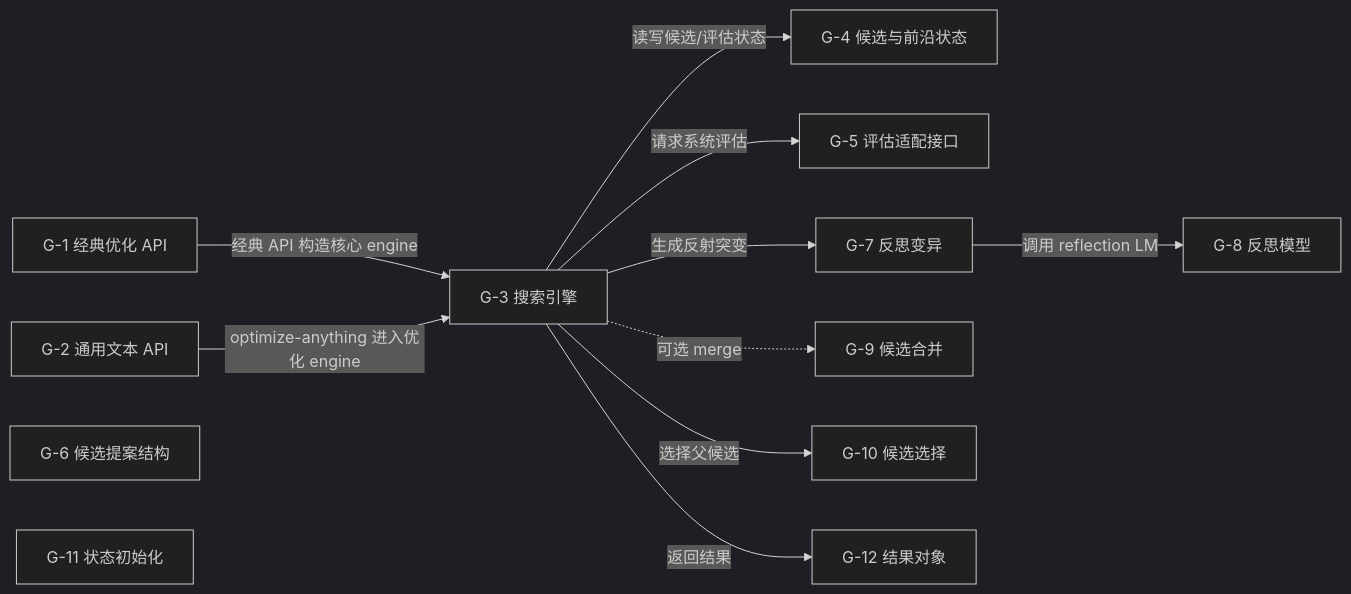
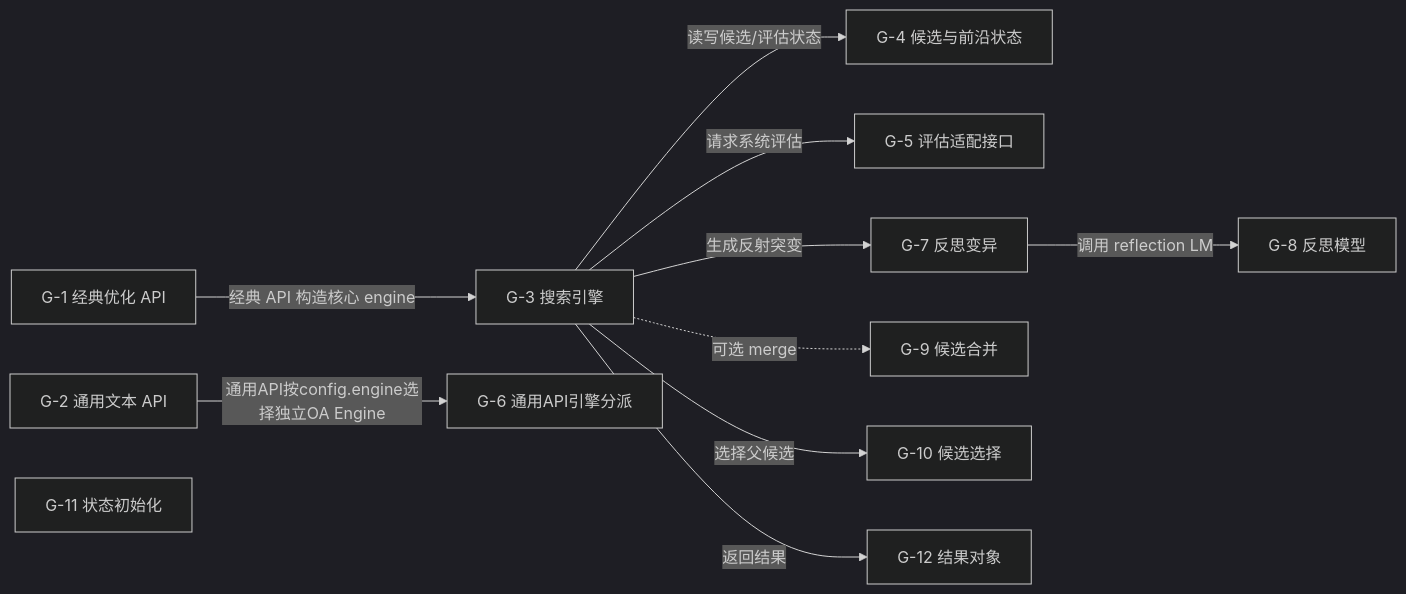
The first of 2 diagrams in docs/repo_deepdive/cases/gepa.md (hyfine/rsi-atlas), drawn with Mermaid (dark theme) before and after one commit. The commit also changed other lines of this file and 4 other files, not shown here.

````diff
--- a/docs/repo_deepdive/cases/gepa.md
+++ b/docs/repo_deepdive/cases/gepa.md
@@ -56,24 +61,24 @@
 ```mermaid
 flowchart LR
   G_1["G-1 经典优化 API"]
   G_2["G-2 通用文本 API"]
   G_3["G-3 搜索引擎"]
   G_4["G-4 候选与前沿状态"]
   G_5["G-5 评估适配接口"]
-  G_6["G-6 候选提案结构"]
+  G_6["G-6 通用API引擎分派"]
   G_7["G-7 反思变异"]
   G_8["G-8 反思模型"]
   G_9["G-9 候选合并"]
   G_10["G-10 候选选择"]
   G_11["G-11 状态初始化"]
   G_12["G-12 结果对象"]
   G_1 -- "经典 API 构造核心 engine" --> G_3
-  G_2 -- "optimize-anything 进入优化 engine" --> G_3
+  G_2 -- "通用API按config.engine选择独立OA Engine" --> G_6
   G_3 -- "读写候选/评估状态" --> G_4
   G_3 -- "请求系统评估" --> G_5
   G_3 -- "选择父候选" --> G_10
   G_3 -- "生成反射突变" --> G_7
   G_7 -- "调用 reflection LM" --> G_8
   G_3 -. "可选 merge" .-> G_9
   G_3 -- "返回结果" --> G_12
 ```
````
